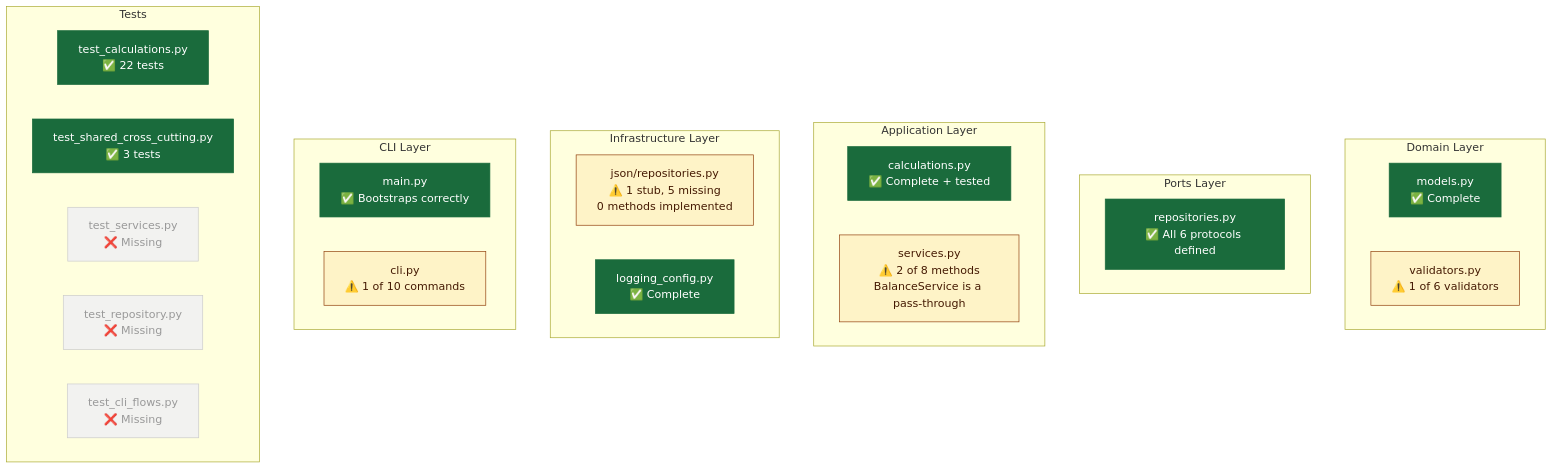
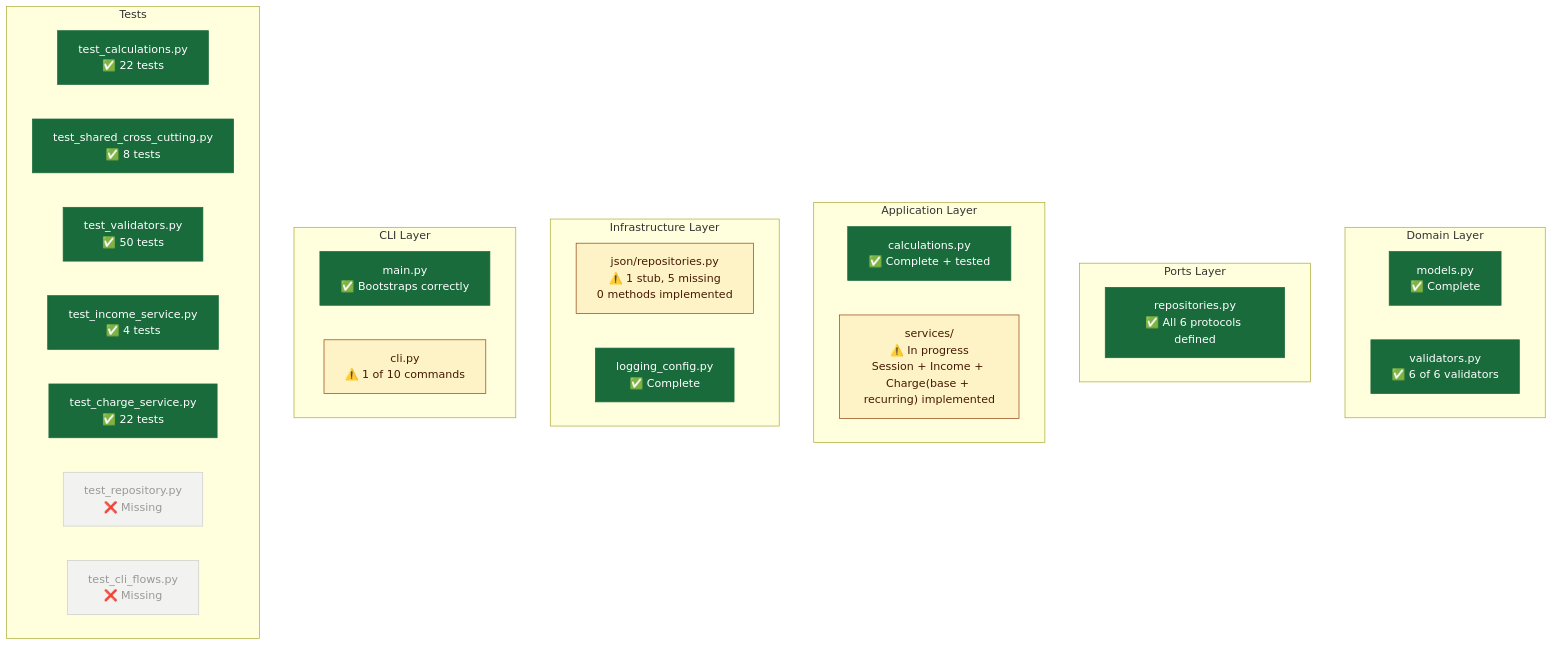
Before and after one commit to MoaminShikha/student-expense-tracker: diagram 12 of 13 in Docs/stage1_implementation_status.md, drawn with Mermaid. The commit also changed other lines of this file and 5 other files, not shown here.

First line of the commit message:
feat(application): complete recurring charge lifecycle slice

````diff
--- a/Docs/stage1_implementation_status.md
+++ b/Docs/stage1_implementation_status.md
@@ -421,49 +430,53 @@
 ```mermaid
 graph TD
     subgraph layer_domain["Domain Layer"]
         M["models.py\n✅ Complete"]
-        V["validators.py\n⚠️ 1 of 6 validators"]
+        V["validators.py\n✅ 6 of 6 validators"]
     end
 
     subgraph layer_ports["Ports Layer"]
         R["repositories.py\n✅ All 6 protocols defined"]
     end
 
     subgraph layer_app["Application Layer"]
         C["calculations.py\n✅ Complete + tested"]
-        S["services.py\n⚠️ 2 of 8 methods\nBalanceService is a pass-through"]
+        S["services/\n⚠️ In progress\nSession + Income + Charge(base + recurring) implemented"]
     end
 
     subgraph layer_infra["Infrastructure Layer"]
         J["json/repositories.py\n⚠️ 1 stub, 5 missing\n0 methods implemented"]
         L["logging_config.py\n✅ Complete"]
     end
 
     subgraph layer_cli["CLI Layer"]
         Main["main.py\n✅ Bootstraps correctly"]
         Cli["cli.py\n⚠️ 1 of 10 commands"]
     end
 
     subgraph layer_tests["Tests"]
         T1["test_calculations.py\n✅ 22 tests"]
-        T2["test_shared_cross_cutting.py\n✅ 3 tests"]
-        T3["test_services.py\n❌ Missing"]
-        T4["test_repository.py\n❌ Missing"]
-        T5["test_cli_flows.py\n❌ Missing"]
+        T2["test_shared_cross_cutting.py\n✅ 8 tests"]
+        T3["test_validators.py\n✅ 50 tests"]
+        T4["test_income_service.py\n✅ 4 tests"]
+        T5["test_charge_service.py\n✅ 22 tests"]
+        T6["test_repository.py\n❌ Missing"]
+        T7["test_cli_flows.py\n❌ Missing"]
     end
 
     style M fill:#1a6b3c,color:#fff,stroke:#1a6b3c
     style R fill:#1a6b3c,color:#fff,stroke:#1a6b3c
     style C fill:#1a6b3c,color:#fff,stroke:#1a6b3c
     style L fill:#1a6b3c,color:#fff,stroke:#1a6b3c
     style Main fill:#1a6b3c,color:#fff,stroke:#1a6b3c
     style T1 fill:#1a6b3c,color:#fff,stroke:#1a6b3c
     style T2 fill:#1a6b3c,color:#fff,stroke:#1a6b3c
-    style V fill:#fef3c7,stroke:#92400e,color:#451a03
+    style V fill:#1a6b3c,color:#fff,stroke:#1a6b3c
     style S fill:#fef3c7,stroke:#92400e,color:#451a03
     style J fill:#fef3c7,stroke:#92400e,color:#451a03
     style Cli fill:#fef3c7,stroke:#92400e,color:#451a03
-    style T3 fill:#f2f2f0,stroke:#ccc,color:#999
-    style T4 fill:#f2f2f0,stroke:#ccc,color:#999
-    style T5 fill:#f2f2f0,stroke:#ccc,color:#999
+    style T3 fill:#1a6b3c,color:#fff,stroke:#1a6b3c
+    style T4 fill:#1a6b3c,color:#fff,stroke:#1a6b3c
+    style T5 fill:#1a6b3c,color:#fff,stroke:#1a6b3c
+    style T6 fill:#f2f2f0,stroke:#ccc,color:#999
+    style T7 fill:#f2f2f0,stroke:#ccc,color:#999
 ```
````
